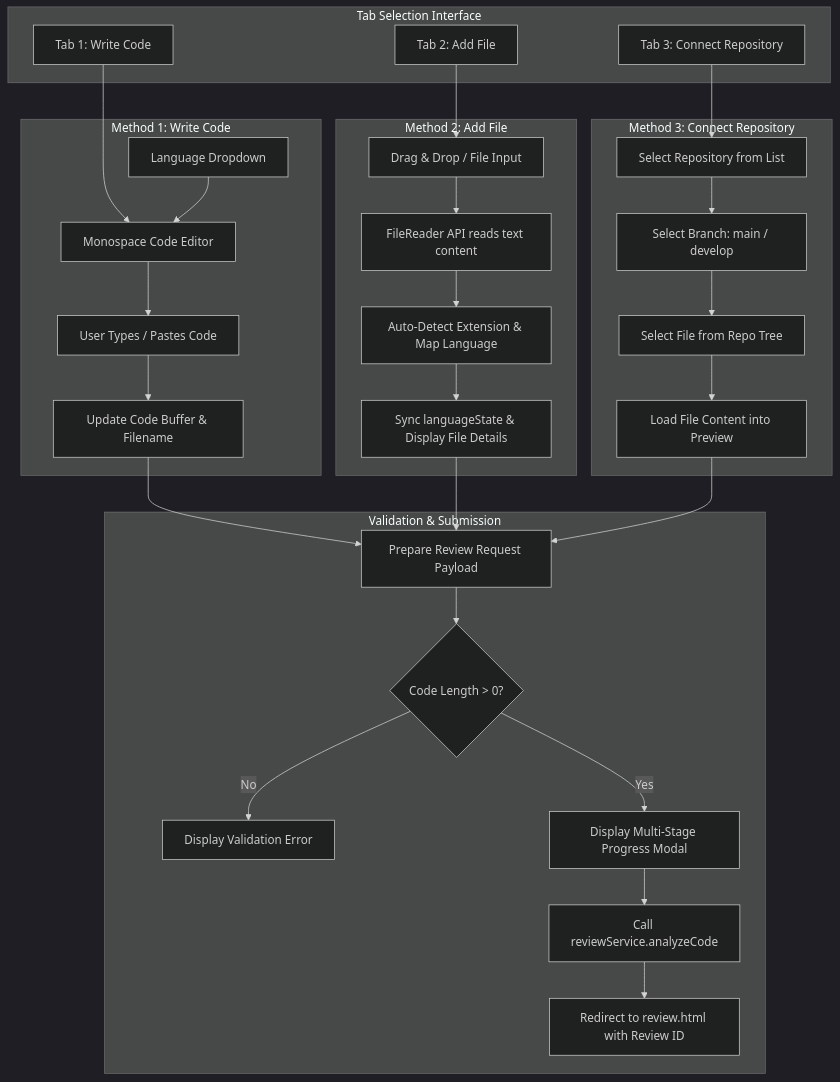
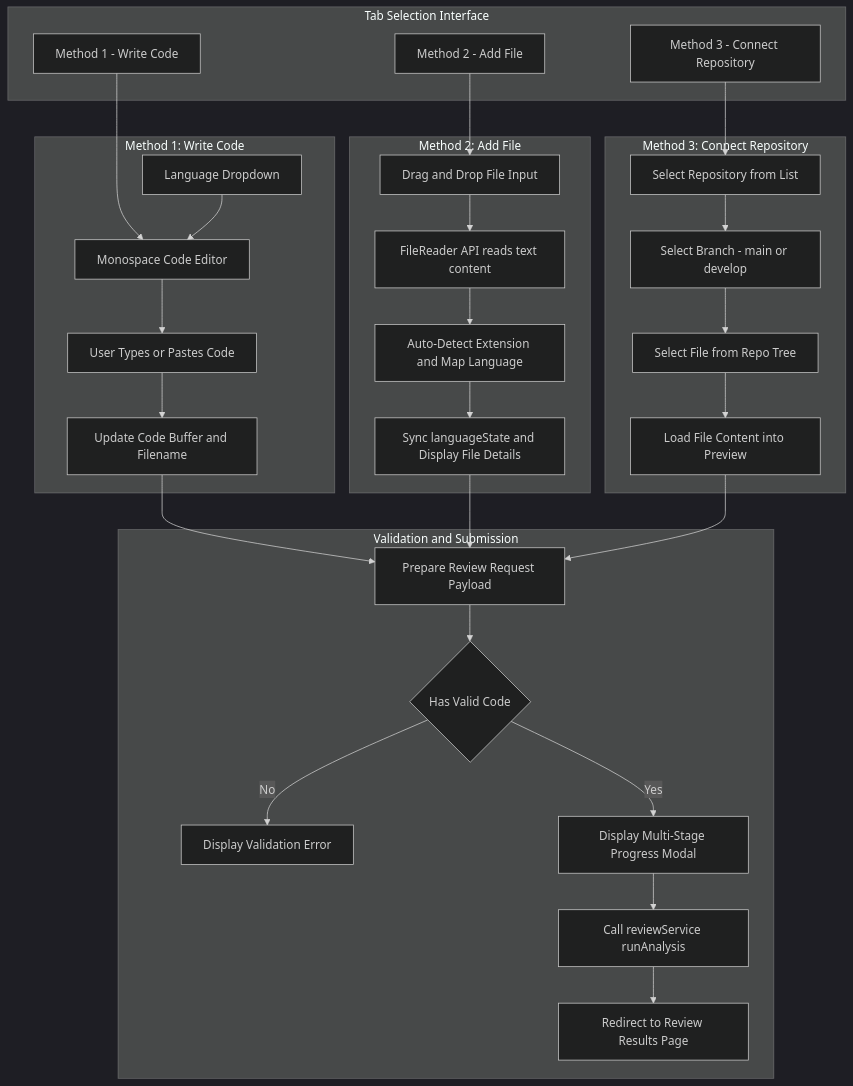
Before and after one commit to Raj-Panwar/AICode-Reviewer: the fourth of 11 diagrams in README.md, drawn with Mermaid (dark theme). The commit also changed other lines of this file, not shown here.

First line of the commit message:
docs: update flowchart labels in README

````diff
--- a/README.md
+++ b/README.md
@@ -380,41 +380,41 @@
 ```mermaid
 flowchart TD
     subgraph TabSelection [Tab Selection Interface]
-        Tab1[Tab 1: Write Code]
-        Tab2[Tab 2: Add File]
-        Tab3[Tab 3: Connect Repository]
+        Tab1[Method 1 - Write Code]
+        Tab2[Method 2 - Add File]
+        Tab3[Method 3 - Connect Repository]
     end
 
     subgraph WriteCodeFlow [Method 1: Write Code]
         Tab1 --> CodeEditor[Monospace Code Editor]
         LangDropdown[Language Dropdown] --> CodeEditor
-        CodeEditor --> EditorInput[User Types / Pastes Code]
-        EditorInput --> SyncEditorState[Update Code Buffer & Filename]
+        CodeEditor --> EditorInput[User Types or Pastes Code]
+        EditorInput --> SyncEditorState[Update Code Buffer and Filename]
     end
 
     subgraph AddFileFlow [Method 2: Add File]
-        Tab2 --> Dropzone[Drag & Drop / File Input]
+        Tab2 --> Dropzone[Drag and Drop File Input]
         Dropzone --> FileRead[FileReader API reads text content]
-        FileRead --> DetectExt[Auto-Detect Extension & Map Language]
-        DetectExt --> UpdateLangState[Sync languageState & Display File Details]
+        FileRead --> DetectExt[Auto-Detect Extension and Map Language]
+        DetectExt --> UpdateLangState[Sync languageState and Display File Details]
     end
 
     subgraph ConnectRepoFlow [Method 3: Connect Repository]
         Tab3 --> RepoSelect[Select Repository from List]
-        RepoSelect --> BranchSelect[Select Branch: main / develop]
+        RepoSelect --> BranchSelect[Select Branch - main or develop]
         BranchSelect --> FileTreeSelect[Select File from Repo Tree]
         FileTreeSelect --> FetchRepoFile[Load File Content into Preview]
     end
 
     SyncEditorState --> PreparePayload[Prepare Review Request Payload]
     UpdateLangState --> PreparePayload
     FetchRepoFile --> PreparePayload
 
-    subgraph Submission [Validation & Submission]
-        PreparePayload --> ValidationCheck{Code Length > 0?}
+    subgraph Submission [Validation and Submission]
+        PreparePayload --> ValidationCheck{Has Valid Code}
         ValidationCheck -->|No| ShowAlert[Display Validation Error]
         ValidationCheck -->|Yes| ShowProgressModal[Display Multi-Stage Progress Modal]
-        ShowProgressModal --> SendReview[Call reviewService.analyzeCode]
-        SendReview --> Redirect[Redirect to review.html with Review ID]
+        ShowProgressModal --> SendReview[Call reviewService runAnalysis]
+        SendReview --> Redirect[Redirect to Review Results Page]
     end
 ```
````
